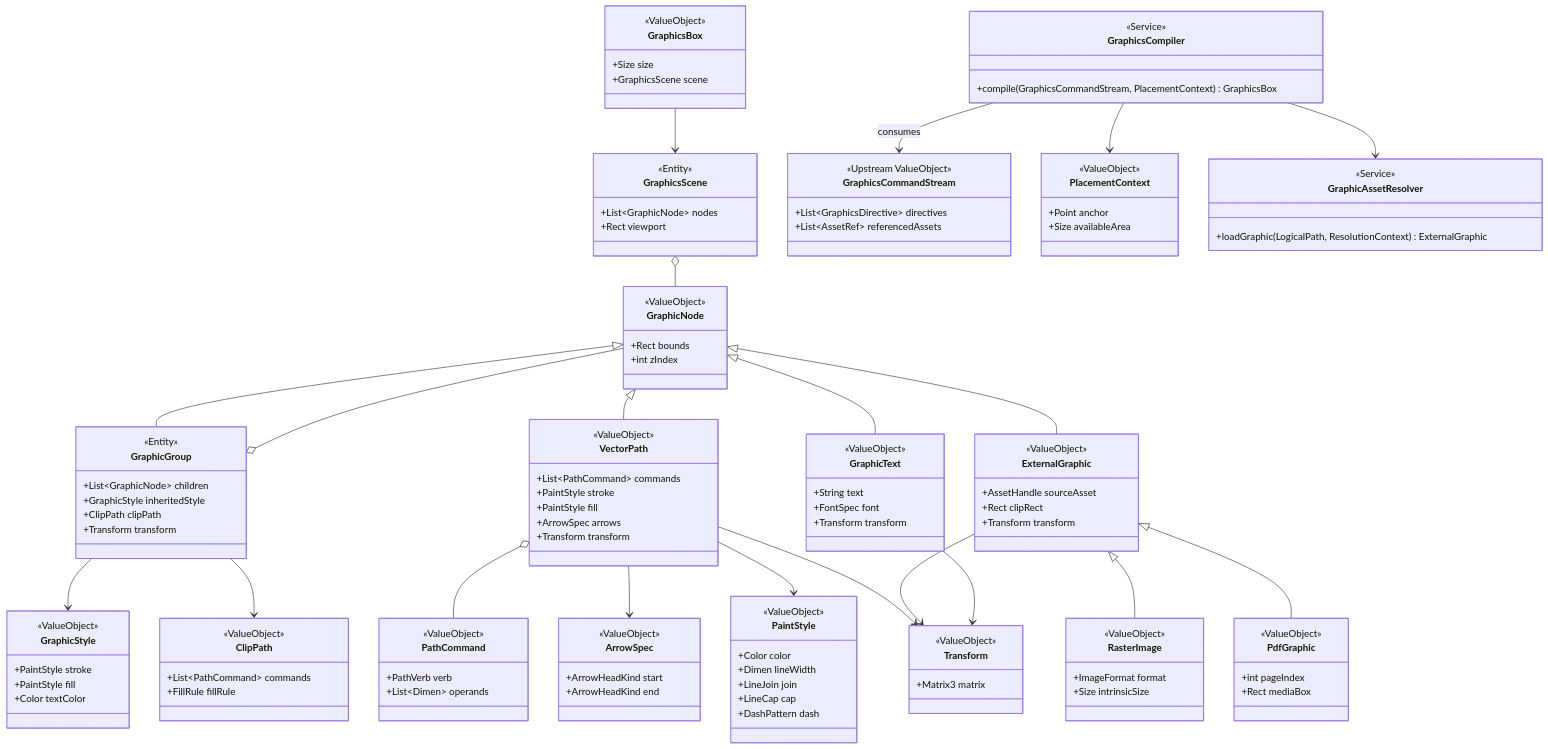
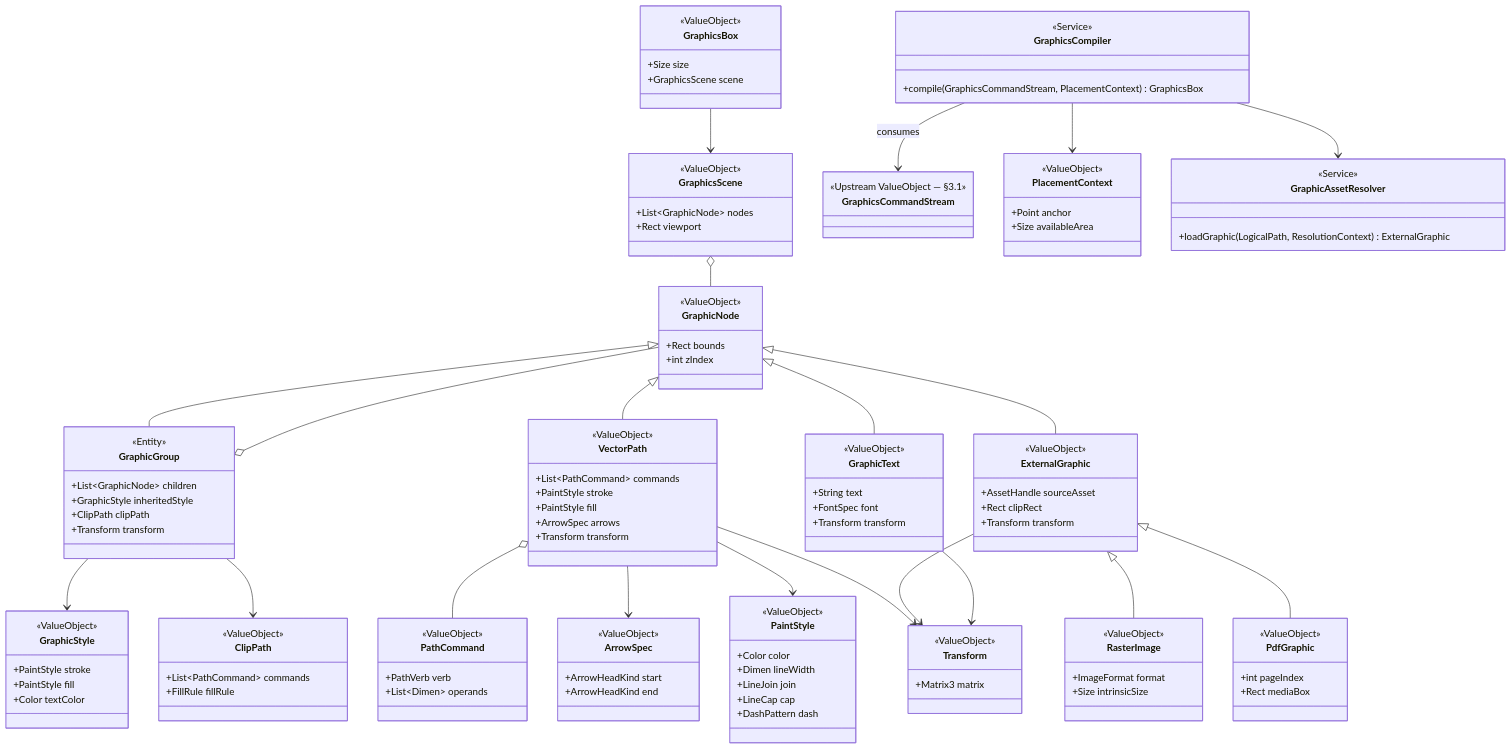
Before and after one commit to RK0429/ferritex: the fourth of 12 diagrams in docs/domain_model.md, drawn with Mermaid. The commit also changed other lines of this file, not shown here.

First line of the commit message:
refactor(docs): deduplicate shared type definitions across context diagrams

```diff
--- a/docs/domain_model.md
+++ b/docs/domain_model.md
@@ -1014,7 +940,7 @@
         +GraphicsScene scene
     }
     class GraphicsScene {
-        <<Entity>>
+        <<ValueObject>>
         +List~GraphicNode~ nodes
         +Rect viewport
     }
@@ -1094,9 +1020,7 @@
         +Matrix3 matrix
     }
     class GraphicsCommandStream {
-        <<Upstream ValueObject>>
-        +List~GraphicsDirective~ directives
-        +List~AssetRef~ referencedAssets
+        <<Upstream ValueObject — §3.1>>
     }
     class GraphicsCompiler {
         <<Service>>
```
